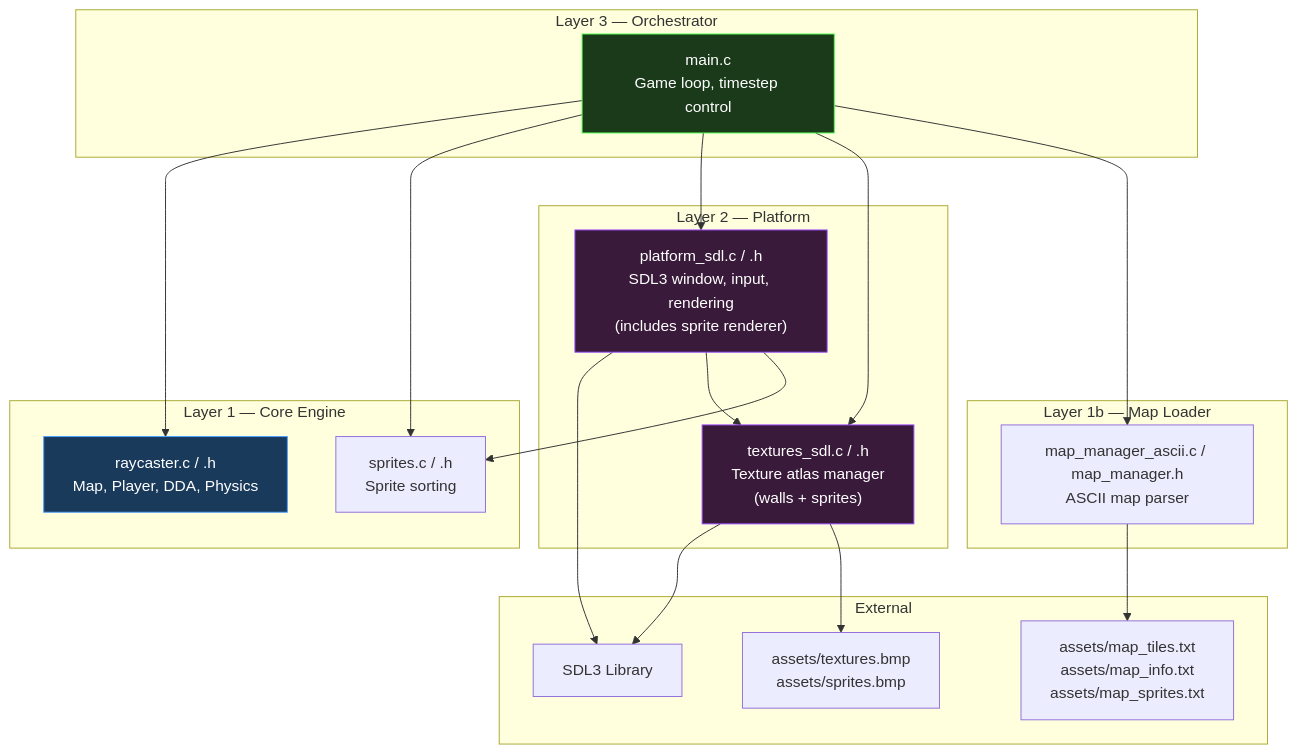
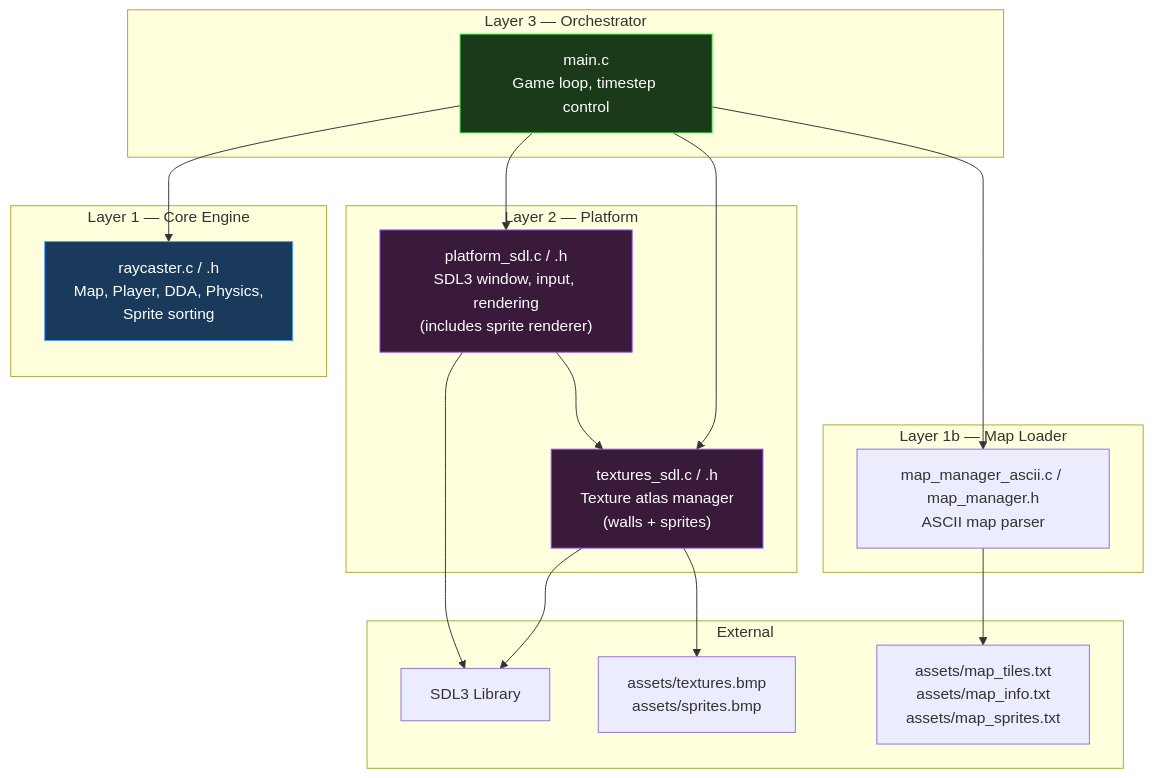
The first of 5 diagrams in docs/ARCHITECTURE.md (seanhodges/simple-3d-raycaster-game), drawn with Mermaid before and after one commit. The commit also changed other lines of this file and 6 other files, not shown here.

First line of the commit message:
Replace O(N²) insertion sort with O(N log N) qsort for sprite sorting

````diff
--- a/docs/ARCHITECTURE.md
+++ b/docs/ARCHITECTURE.md
@@ -25,43 +25,40 @@
 ```mermaid
 graph TB
     subgraph "Layer 3 — Orchestrator"
         MAIN["main.c<br/>Game loop, timestep control"]
     end
 
     subgraph "Layer 1 — Core Engine"
-        RC["raycaster.c / .h<br/>Map, Player, DDA, Physics"]
-        SPR["sprites.c / .h<br/>Sprite sorting"]
+        RC["raycaster.c / .h<br/>Map, Player, DDA, Physics,<br/>Sprite sorting"]
     end
 
     subgraph "Layer 2 — Platform"
         PLAT["platform_sdl.c / .h<br/>SDL3 window, input, rendering<br/>(includes sprite renderer)"]
         TEX["textures_sdl.c / .h<br/>Texture atlas manager<br/>(walls + sprites)"]
     end
 
     subgraph "External"
         SDL3["SDL3 Library"]
         MAP["assets/map_tiles.txt<br/>assets/map_info.txt<br/>assets/map_sprites.txt"]
         BMP["assets/textures.bmp<br/>assets/sprites.bmp"]
     end
 
     MAIN --> RC
-    MAIN --> SPR
     MAIN --> PLAT
     MAIN --> TEX
     PLAT --> SDL3
     PLAT --> TEX
-    PLAT --> SPR
     TEX --> SDL3
     TEX --> BMP
     subgraph "Layer 1b — Map Loader"
         MAPMOD["map_manager_ascii.c / map_manager.h<br/>ASCII map parser"]
     end
 
     MAIN --> MAPMOD
     MAPMOD --> MAP
 
     style RC fill:#1a3a5c,stroke:#4a9eff,color:#fff
     style PLAT fill:#3a1a3a,stroke:#9a4aff,color:#fff
     style TEX fill:#3a1a3a,stroke:#9a4aff,color:#fff
     style MAIN fill:#1a3a1a,stroke:#4aff4a,color:#fff
 ```
````
